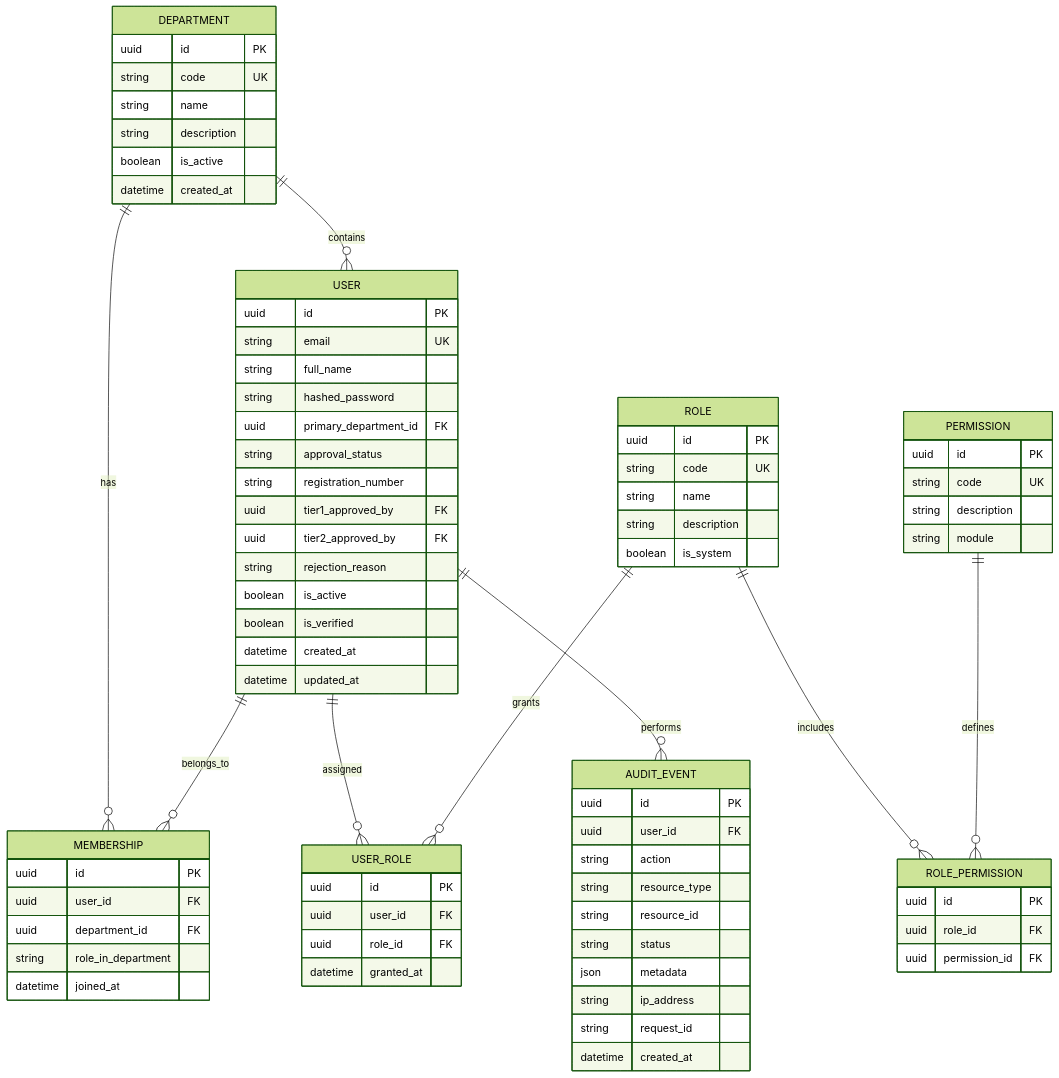
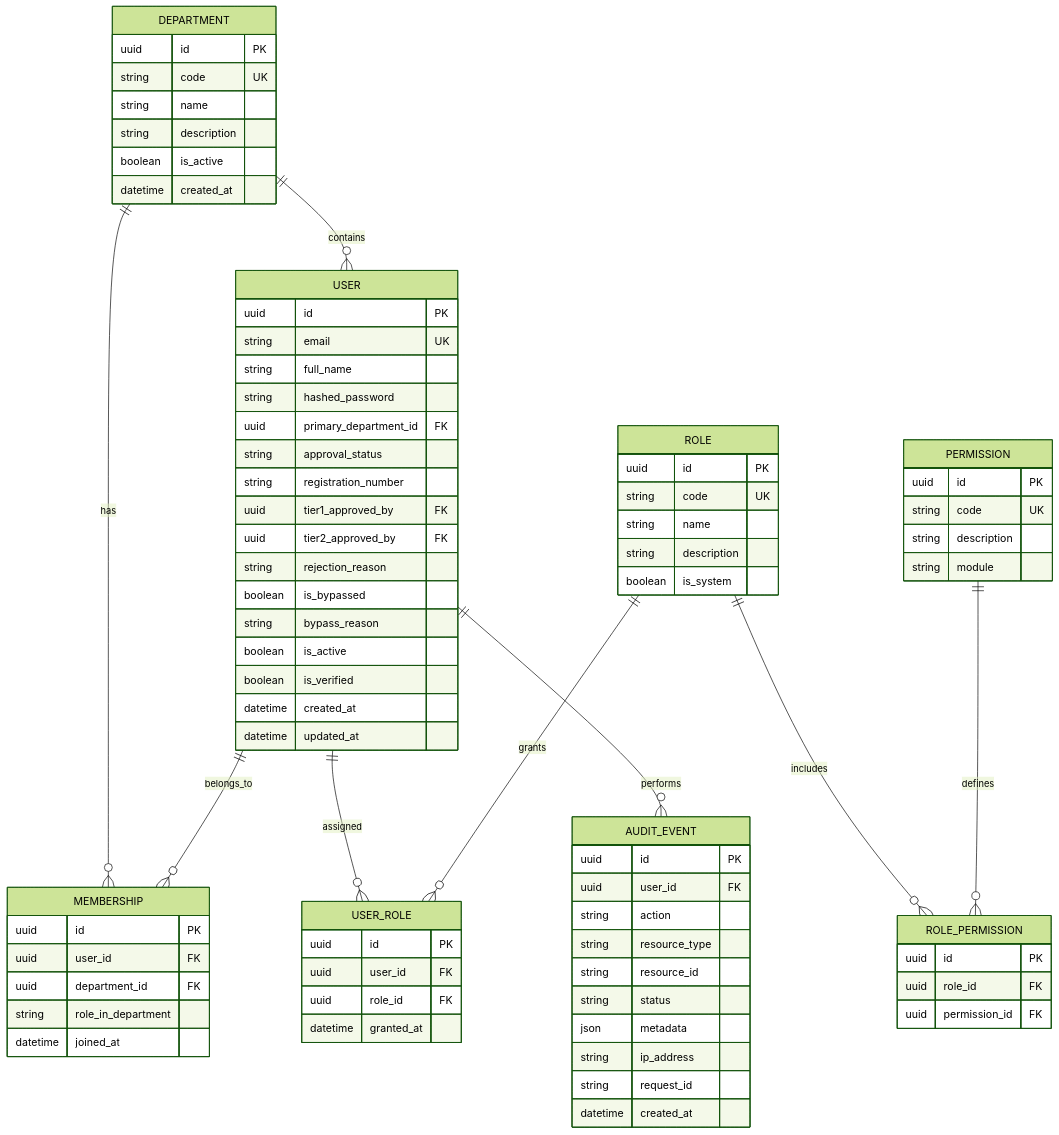
The diagram in docs/architecture/DATA_MODEL.md (abhay-patil-cse27/concord-ikms), drawn with Mermaid (forest theme) before and after one commit. The commit also changed 9 other files, not shown here.

Commit message:
docs: comprehensive architecture reference, ADR-0013, and testing specs for identity verification and bypass

```diff
--- a/docs/architecture/DATA_MODEL.md
+++ b/docs/architecture/DATA_MODEL.md
@@ -37,6 +37,8 @@
         uuid tier1_approved_by FK
         uuid tier2_approved_by FK
         string rejection_reason
+        boolean is_bypassed
+        string bypass_reason
         boolean is_active
         boolean is_verified
         datetime created_at
```
